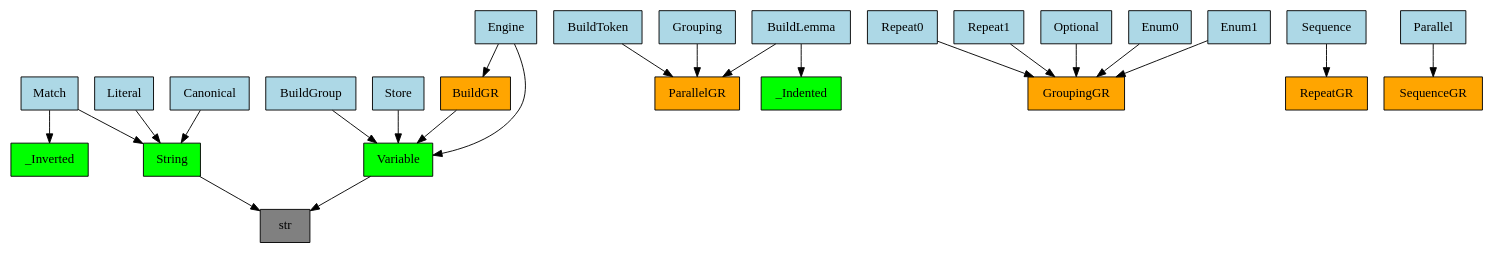
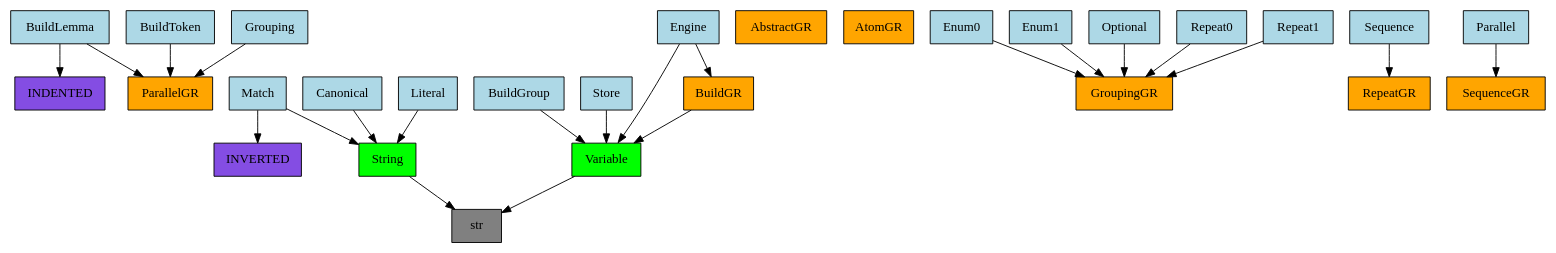
Before and after one commit to GabrielAmare/Language: the diagram in language/base/bnf/v0_1_0/use_graph.gv, drawn with Graphviz. The commit also changed 8 other files, not shown here.

Commit message:
used utils.graph.structures for ClassManager.use_graph

```diff
--- a/language/base/bnf/v0_1_0/use_graph.gv
+++ b/language/base/bnf/v0_1_0/use_graph.gv
@@ -1,50 +1,52 @@
 digraph {
-	0 [label=BuildGR fillcolor=orange shape=rect style=filled]
-	1 [label=Variable fillcolor=lime shape=rect style=filled]
-	2 [label=BuildToken fillcolor=lightblue shape=rect style=filled]
-	3 [label=ParallelGR fillcolor=orange shape=rect style=filled]
-	4 [label=BuildLemma fillcolor=lightblue shape=rect style=filled]
-	5 [label=_Indented fillcolor=lime shape=rect style=filled]
-	6 [label=BuildGroup fillcolor=lightblue shape=rect style=filled]
-	7 [label=Match fillcolor=lightblue shape=rect style=filled]
-	8 [label=_Inverted fillcolor=lime shape=rect style=filled]
-	9 [label=String fillcolor=lime shape=rect style=filled]
-	10 [label=Literal fillcolor=lightblue shape=rect style=filled]
-	11 [label=Canonical fillcolor=lightblue shape=rect style=filled]
-	12 [label=Store fillcolor=lightblue shape=rect style=filled]
-	13 [label=Grouping fillcolor=lightblue shape=rect style=filled]
-	14 [label=Repeat0 fillcolor=lightblue shape=rect style=filled]
-	15 [label=GroupingGR fillcolor=orange shape=rect style=filled]
-	16 [label=Repeat1 fillcolor=lightblue shape=rect style=filled]
-	17 [label=Optional fillcolor=lightblue shape=rect style=filled]
-	18 [label=Enum0 fillcolor=lightblue shape=rect style=filled]
-	19 [label=Enum1 fillcolor=lightblue shape=rect style=filled]
-	20 [label=Sequence fillcolor=lightblue shape=rect style=filled]
-	21 [label=RepeatGR fillcolor=orange shape=rect style=filled]
-	22 [label=Parallel fillcolor=lightblue shape=rect style=filled]
-	23 [label=SequenceGR fillcolor=orange shape=rect style=filled]
-	24 [label=Engine fillcolor=lightblue shape=rect style=filled]
-	25 [label=str fillcolor=gray shape=rect style=filled]
-	0 -> 1
-	2 -> 3
-	4 -> 5
-	4 -> 3
-	6 -> 1
-	7 -> 8
-	7 -> 9
-	10 -> 9
-	11 -> 9
-	12 -> 1
-	13 -> 3
-	14 -> 15
-	16 -> 15
-	17 -> 15
-	18 -> 15
-	19 -> 15
-	20 -> 21
-	22 -> 23
-	24 -> 0
-	24 -> 1
-	1 -> 25
-	9 -> 25
+	_Indented [label=INDENTED fillcolor="#844de3" shape=rect style=filled]
+	_Inverted [label=INVERTED fillcolor="#844de3" shape=rect style=filled]
+	AbstractGR [label=AbstractGR fillcolor=orange shape=rect style=filled]
+	AtomGR [label=AtomGR fillcolor=orange shape=rect style=filled]
+	GroupingGR [label=GroupingGR fillcolor=orange shape=rect style=filled]
+	ParallelGR [label=ParallelGR fillcolor=orange shape=rect style=filled]
+	RepeatGR [label=RepeatGR fillcolor=orange shape=rect style=filled]
+	SequenceGR [label=SequenceGR fillcolor=orange shape=rect style=filled]
+	str [label=str fillcolor=gray shape=rect style=filled]
+	String [label=String fillcolor=lime shape=rect style=filled]
+	String -> str
+	Variable [label=Variable fillcolor=lime shape=rect style=filled]
+	Variable -> str
+	BuildLemma [label=BuildLemma fillcolor=lightblue shape=rect style=filled]
+	BuildLemma -> _Indented
+	BuildLemma -> ParallelGR
+	BuildToken [label=BuildToken fillcolor=lightblue shape=rect style=filled]
+	BuildToken -> ParallelGR
+	Enum0 [label=Enum0 fillcolor=lightblue shape=rect style=filled]
+	Enum0 -> GroupingGR
+	Enum1 [label=Enum1 fillcolor=lightblue shape=rect style=filled]
+	Enum1 -> GroupingGR
+	Grouping [label=Grouping fillcolor=lightblue shape=rect style=filled]
+	Grouping -> ParallelGR
+	Optional [label=Optional fillcolor=lightblue shape=rect style=filled]
+	Optional -> GroupingGR
+	Parallel [label=Parallel fillcolor=lightblue shape=rect style=filled]
+	Parallel -> SequenceGR
+	Repeat0 [label=Repeat0 fillcolor=lightblue shape=rect style=filled]
+	Repeat0 -> GroupingGR
+	Repeat1 [label=Repeat1 fillcolor=lightblue shape=rect style=filled]
+	Repeat1 -> GroupingGR
+	Sequence [label=Sequence fillcolor=lightblue shape=rect style=filled]
+	Sequence -> RepeatGR
+	BuildGroup [label=BuildGroup fillcolor=lightblue shape=rect style=filled]
+	BuildGroup -> Variable
+	Canonical [label=Canonical fillcolor=lightblue shape=rect style=filled]
+	Canonical -> String
+	Literal [label=Literal fillcolor=lightblue shape=rect style=filled]
+	Literal -> String
+	Match [label=Match fillcolor=lightblue shape=rect style=filled]
+	Match -> _Inverted
+	Match -> String
+	Store [label=Store fillcolor=lightblue shape=rect style=filled]
+	Store -> Variable
+	BuildGR [label=BuildGR fillcolor=orange shape=rect style=filled]
+	BuildGR -> Variable
+	Engine [label=Engine fillcolor=lightblue shape=rect style=filled]
+	Engine -> Variable
+	Engine -> BuildGR
 }
```
